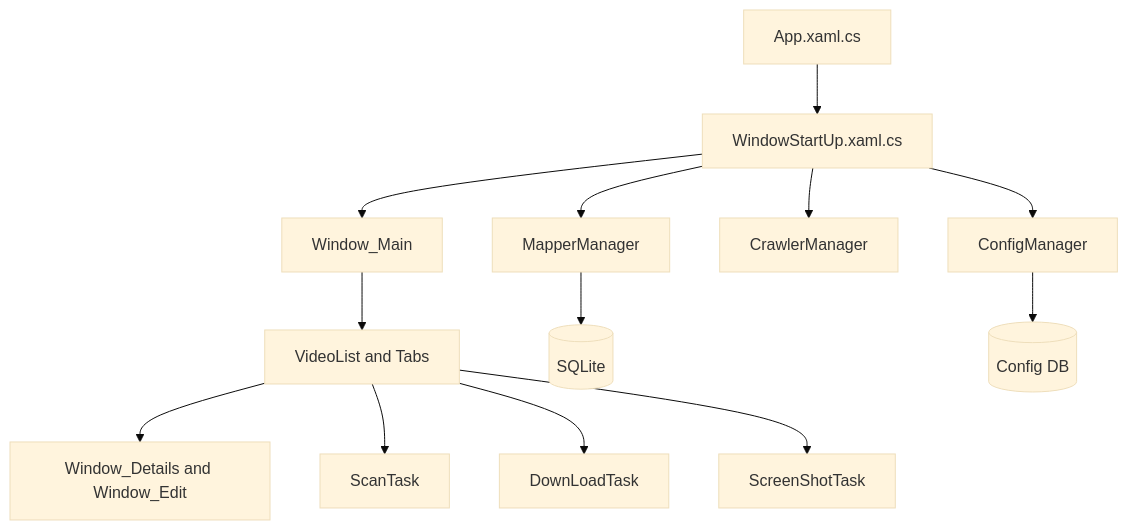
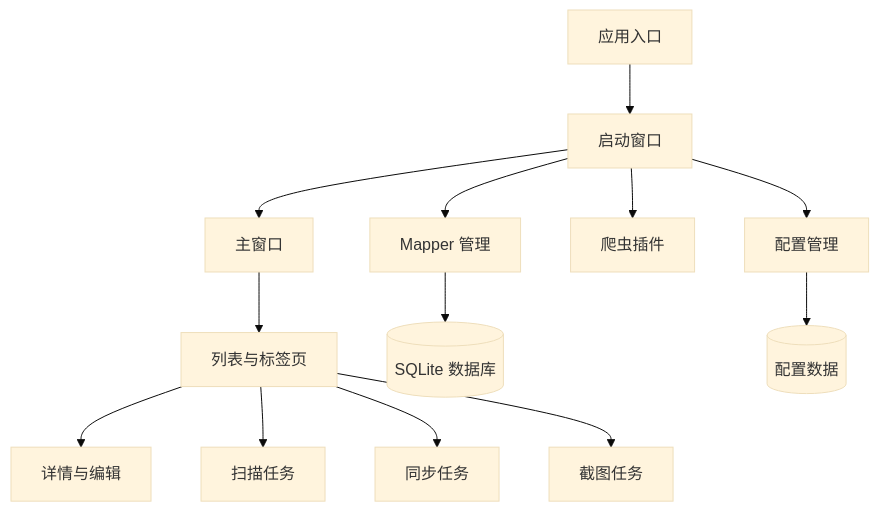
The diagram in doc/assets/diagrams/overview.mmd (spartawhy117/Jvedio), drawn with Mermaid (base theme) before and after one commit. The commit also changed 27 other files, not shown here.

```diff
--- a/doc/assets/diagrams/overview.mmd
+++ b/doc/assets/diagrams/overview.mmd
@@ -1,13 +1,13 @@
 flowchart TD
-    A[App.xaml.cs] --> B[WindowStartUp.xaml.cs]
-    B --> C[ConfigManager]
-    B --> D[MapperManager]
-    B --> E[CrawlerManager]
-    B --> F[Window_Main]
-    F --> G[VideoList and Tabs]
-    G --> H[Window_Details and Window_Edit]
-    G --> I[ScanTask]
-    G --> J[DownLoadTask]
-    G --> K[ScreenShotTask]
-    D --> L[(SQLite)]
-    C --> M[(Config DB)]
+    A[应用入口] --> B[启动窗口]
+    B --> C[配置管理]
+    B --> D[Mapper 管理]
+    B --> E[爬虫插件]
+    B --> F[主窗口]
+    F --> G[列表与标签页]
+    G --> H[详情与编辑]
+    G --> I[扫描任务]
+    G --> J[同步任务]
+    G --> K[截图任务]
+    D --> L[(SQLite 数据库)]
+    C --> M[(配置数据)]
```
